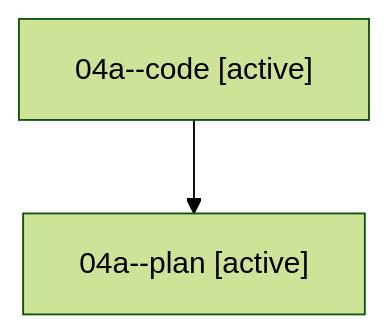
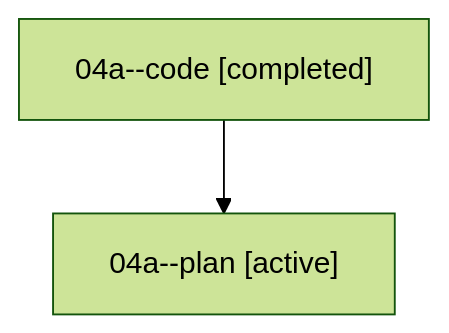
Before and after one commit to sase-org/sase--agents: the diagram in families/bbugyi200.athena.04a.md, drawn with Mermaid (forest theme). The commit also changed other lines of this file and 35830 other files, not shown here.

````diff
--- a/families/bbugyi200.athena.04a.md
+++ b/families/bbugyi200.athena.04a.md
@@ -9,6 +9,6 @@
 ```mermaid
 flowchart TD
-  n0["04a--code [active]"]
+  n0["04a--code [completed]"]
   n1["04a--plan [active]"]
   n0 --> n1
 ```
````
